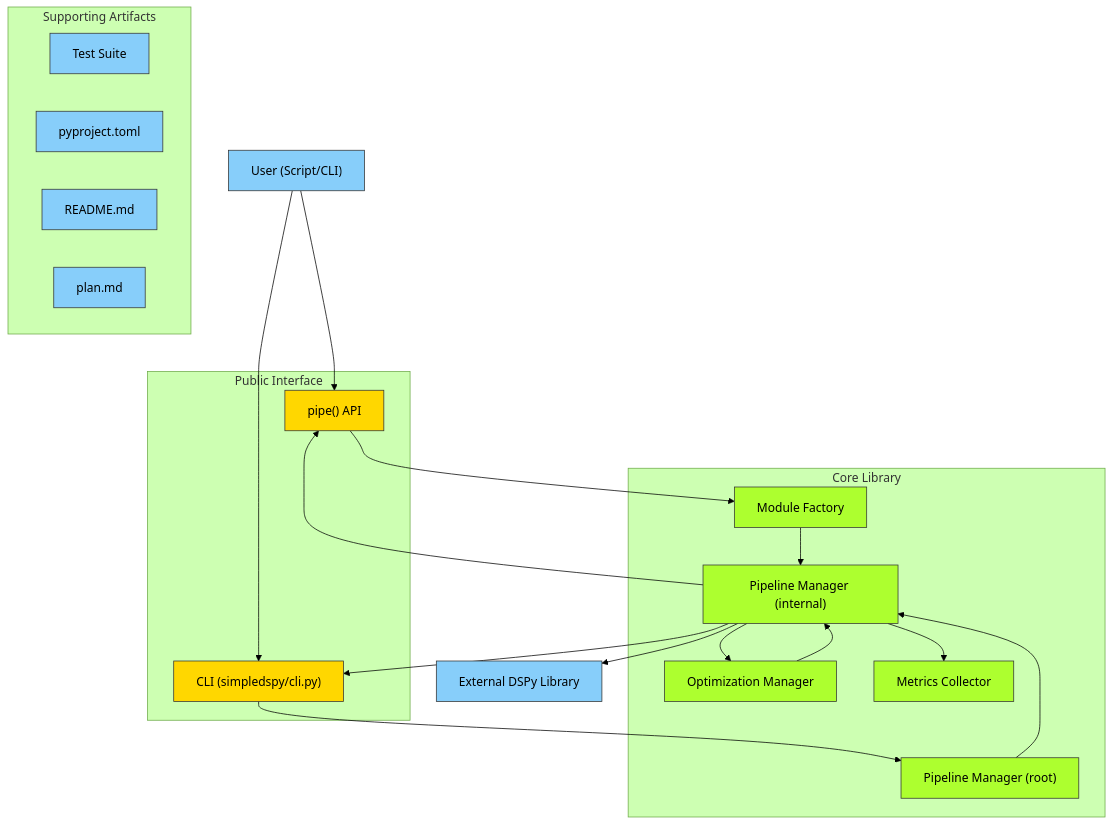
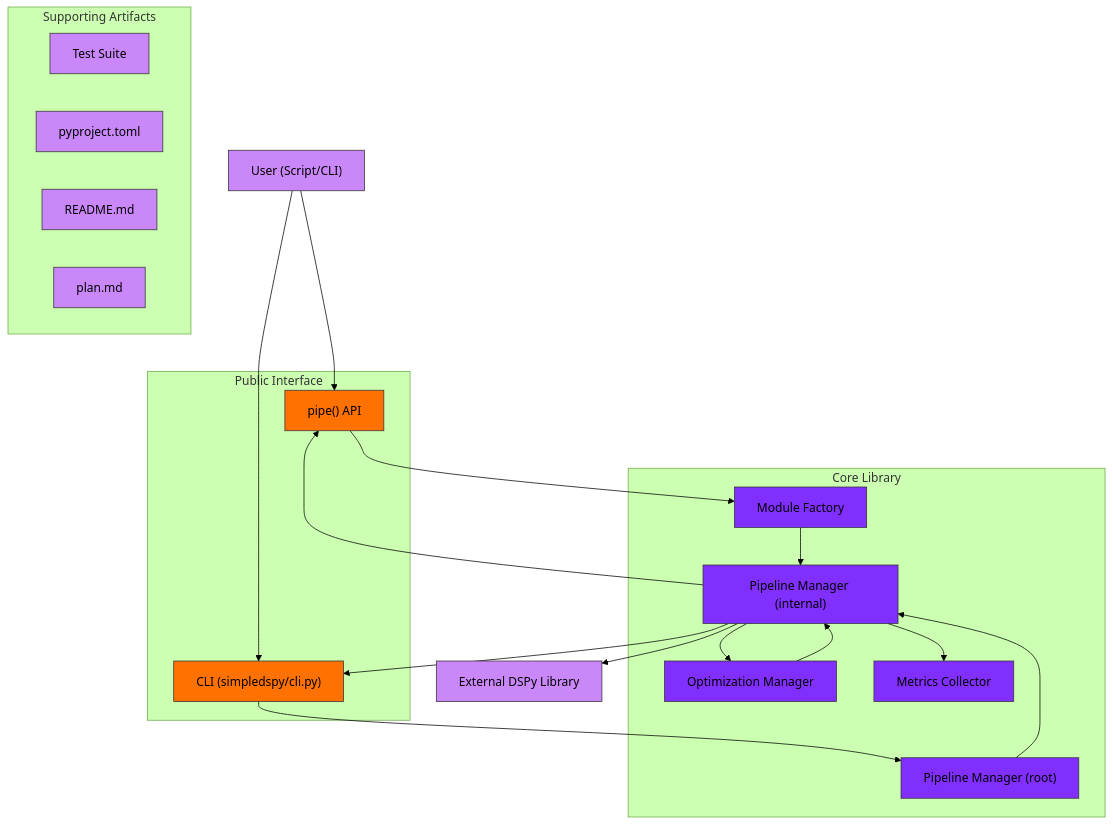
Before and after one commit to vswami78/simpledspy: the diagram in README.md, drawn with Mermaid (forest theme).

````diff
--- a/README.md
+++ b/README.md
@@ -73,63 +73,63 @@
 ```mermaid
 flowchart TD
     %% User
     User["User (Script/CLI)"]:::external
 
     %% Public Interface
     subgraph "Public Interface"
         API["pipe() API"]:::api
         CLI["CLI (simpledspy/cli.py)"]:::api
     end
 
     %% Core Library
     subgraph "Core Library"
         Factory["Module Factory"]:::core
         PMgrRoot["Pipeline Manager (root)"]:::core
         PMgrInternal["Pipeline Manager (internal)"]:::core
         OptMgr["Optimization Manager"]:::core
         Metrics["Metrics Collector"]:::core
     end
 
     %% External Dependency
     ExternalDSPy["External DSPy Library"]:::external
 
     %% Supporting Artifacts
     subgraph "Supporting Artifacts"
         Tests["Test Suite"]:::external
         Config["pyproject.toml"]:::external
         README["README.md"]:::external
         Plan["plan.md"]:::external
     end
 
     %% Connections
     User --> API
     User --> CLI
     API --> Factory
     CLI --> PMgrRoot
     PMgrRoot --> PMgrInternal
     Factory --> PMgrInternal
     PMgrInternal --> OptMgr
     OptMgr --> PMgrInternal
     PMgrInternal --> ExternalDSPy
     PMgrInternal --> Metrics
     PMgrInternal --> API
     PMgrInternal --> CLI
 
     %% Click Events
     click API "https://github.com/vswami78/simpledspy/blob/main/simpledspy/pipe.py"
     click CLI "https://github.com/vswami78/simpledspy/blob/main/simpledspy/cli.py"
     click Factory "https://github.com/vswami78/simpledspy/blob/main/simpledspy/module_factory.py"
     click PMgrInternal "https://github.com/vswami78/simpledspy/blob/main/simpledspy/pipeline_manager.py"
     click PMgrRoot "https://github.com/vswami78/simpledspy/blob/main/pipeline_manager.py"
     click OptMgr "https://github.com/vswami78/simpledspy/blob/main/simpledspy/optimization_manager.py"
     click Metrics "https://github.com/vswami78/simpledspy/blob/main/metrics.py"
     click Tests "https://github.com/vswami78/simpledspy/blob/main/tests/test_example.py"
     click Config "https://github.com/vswami78/simpledspy/blob/main/pyproject.toml"
     click README "https://github.com/vswami78/simpledspy/blob/main/README.md"
     click Plan "https://github.com/vswami78/simpledspy/blob/main/plan.md"
 
     %% Styles
-    classDef api fill:#FFD700,stroke:#333,stroke-width:1px
-    classDef core fill:#ADFF2F,stroke:#333,stroke-width:1px
-    classDef external fill:#87CEFA,stroke:#333,stroke-width:1px
+    classDef api fill:#FF7100,stroke:#333,stroke-width:1px
+    classDef core fill:#812FFF,stroke:#333,stroke-width:1px
+    classDef external fill:#CA87FA,stroke:#333,stroke-width:1px
 ```
````
